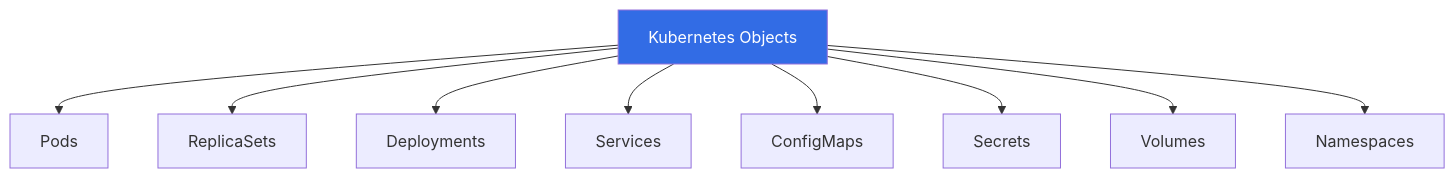
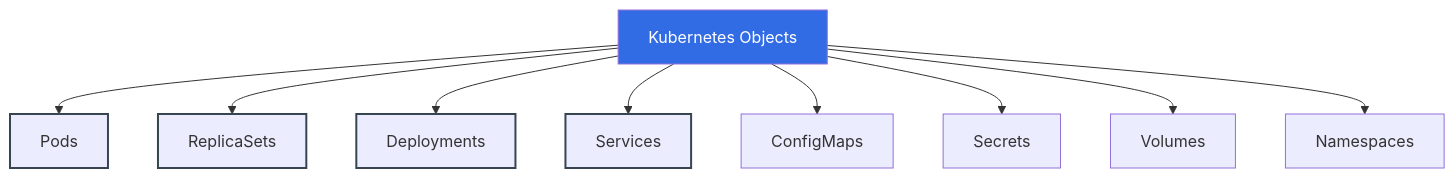
Before and after one commit to hreymond/VIR: the second of 2 diagrams in TD4-Kubernetes/README.md, drawn with Mermaid. The commit also changed other lines of this file, not shown here.

Commit message:
Test with colored diagram

````diff
--- a/TD4-Kubernetes/README.md
+++ b/TD4-Kubernetes/README.md
@@ -80,13 +80,15 @@
 ```mermaid
 graph TB
     A[Kubernetes Objects] --> B[Pods]
     A --> C[ReplicaSets]
     A --> D[Deployments]
     A --> E[Services]
     A --> F[ConfigMaps]
     A --> G[Secrets]
     A --> H[Volumes]
     A --> I[Namespaces]
 
     style A fill:#326ce5,color:white
+    classDef highlighted stroke:#36454F,stroke-width:2px
+    class B,C,D,E highlighted;
 ```
````
